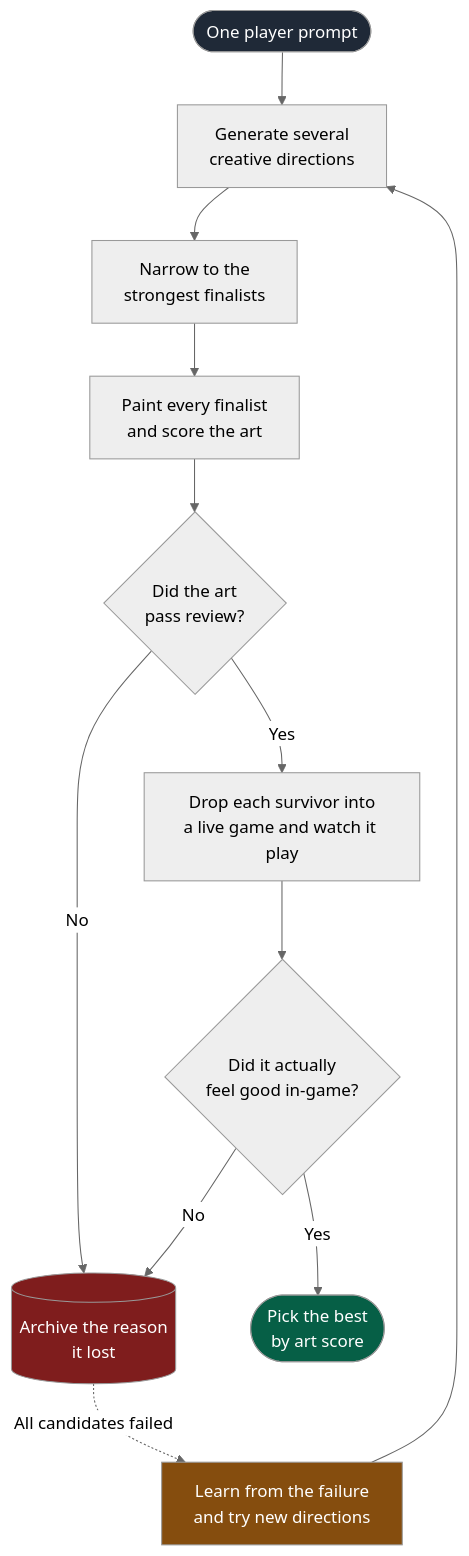
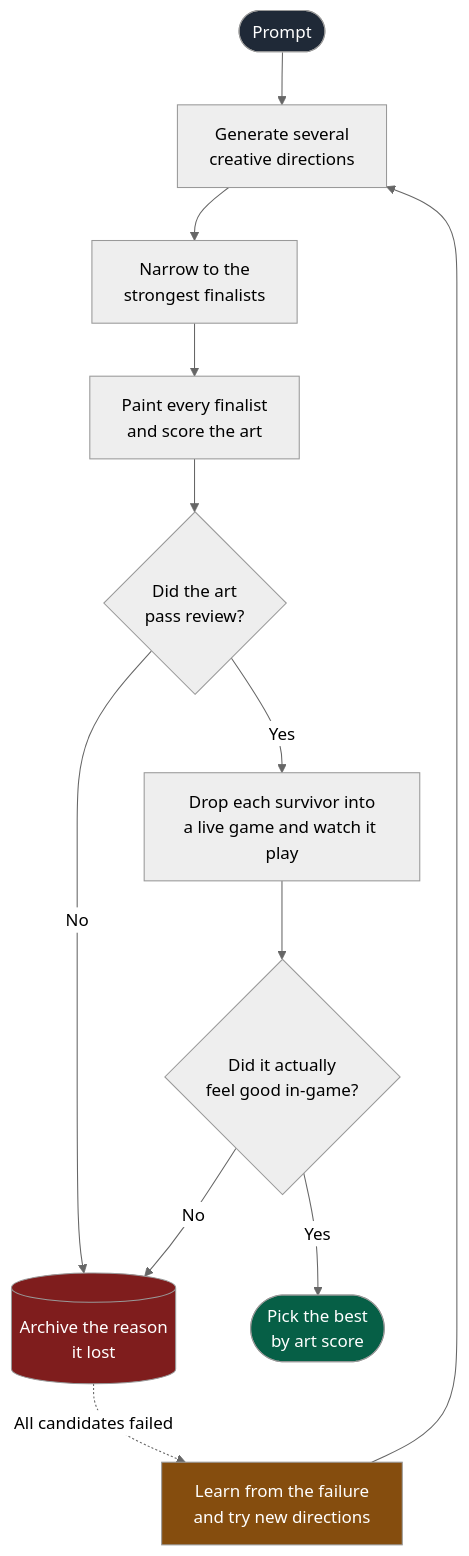
The third of 5 diagrams in README.md (Mikop22/the-forge), drawn with Mermaid (neutral theme) before and after one commit.

````diff
--- a/README.md
+++ b/README.md
@@ -77,24 +77,24 @@
 ```mermaid
 flowchart TD
-    PROMPT([One player prompt]) --> THESES[Generate several<br/>creative directions]
+    PROMPT([Prompt]) --> THESES[Generate several<br/>creative directions]
 
     THESES --> NARROW[Narrow to the<br/>strongest finalists]
 
     NARROW --> ART[Paint every finalist<br/>and score the art]
 
     ART --> SURVIVE{Did the art<br/>pass review?}
     SURVIVE -->|No| REJECT[(Archive the reason<br/>it lost)]
     SURVIVE -->|Yes| PLAYTEST[Drop each survivor into<br/>a live game and watch it play]
 
     PLAYTEST --> EVIDENCE{Did it actually<br/>feel good in-game?}
     EVIDENCE -->|No| REJECT
     EVIDENCE -->|Yes| WINNER([Pick the best<br/>by art score])
 
     REJECT -.->|All candidates failed| LEARN[Learn from the failure<br/>and try new directions]
     LEARN --> THESES
 
     style PROMPT fill:#1f2937,color:#fff
     style WINNER fill:#065f46,color:#fff
     style REJECT fill:#7f1d1d,color:#fff
     style LEARN fill:#854d0e,color:#fff
 ```
````
